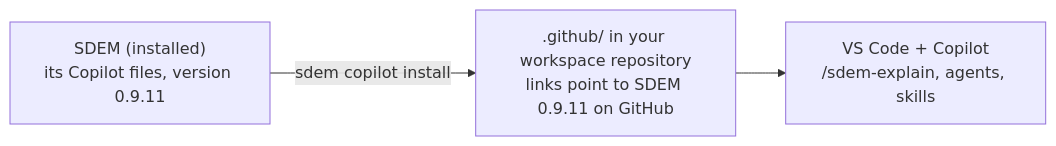
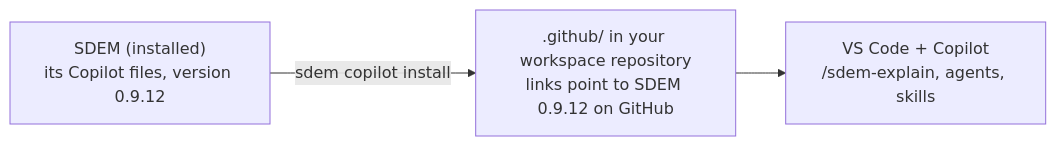
One commit to taumoeps/bian-sdem-framework changed the diagram in docs/design/sdem-copilot-install-design.md. Above: the diagram before and after it, drawn with Mermaid. The commit also changed 24 other files, not shown here.

Commit message:
v0.9.12 — built for agents: --json, --dry-run, --limit on every command; failures as JSON with a code and a hint; dashboard/home JSON summaries; sdem commands --json (AF-01…AF-06); release preparation (version, template pin, CHANGELOG, ROADMAP)

````diff
--- a/docs/design/sdem-copilot-install-design.md
+++ b/docs/design/sdem-copilot-install-design.md
@@ -18,5 +18,5 @@
 ```mermaid
 flowchart LR
-    S["SDEM (installed)<br/>its Copilot files, version 0.9.11"] -- "sdem copilot install" --> E[".github/ in your workspace repository<br/>links point to SDEM 0.9.11 on GitHub"]
+    S["SDEM (installed)<br/>its Copilot files, version 0.9.12"] -- "sdem copilot install" --> E[".github/ in your workspace repository<br/>links point to SDEM 0.9.12 on GitHub"]
     E --> V["VS Code + Copilot<br/>/sdem-explain, agents, skills"]
 ```
````
